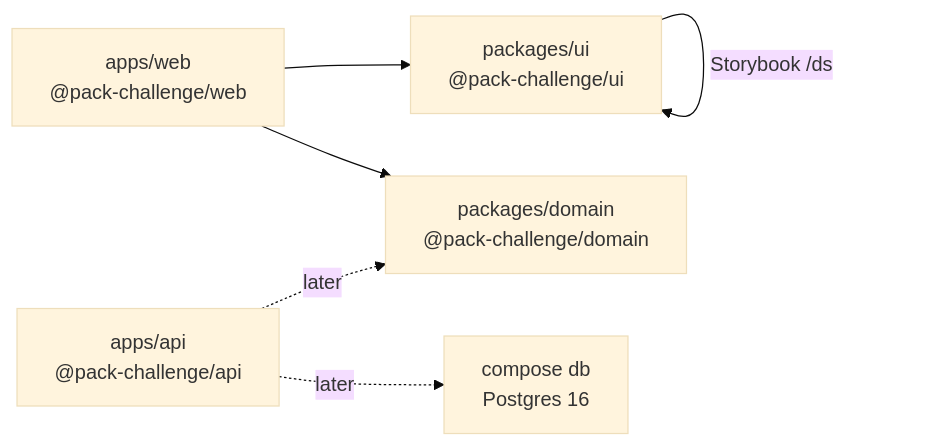
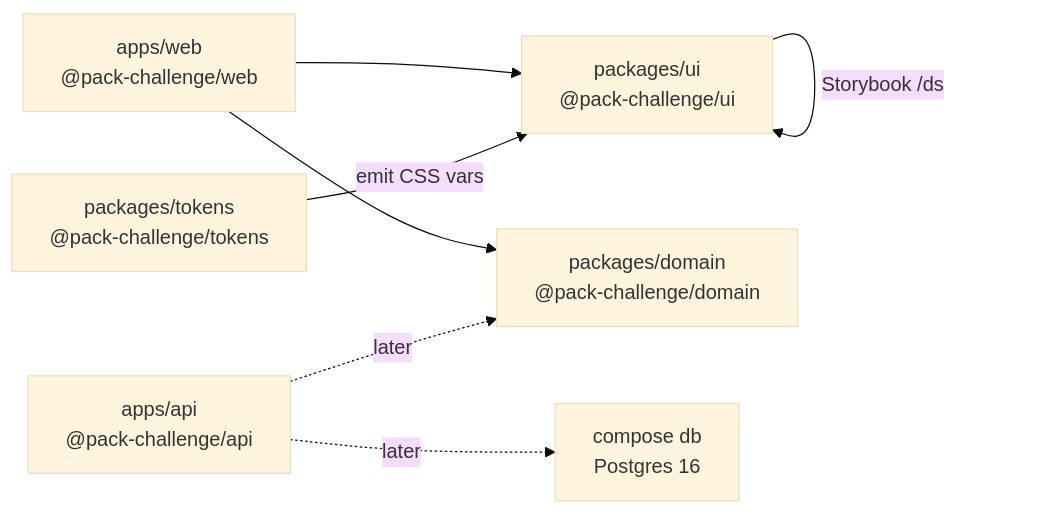
Before and after one commit to borjalofe/svelte-file-uploader: the diagram in README.md, drawn with Mermaid (base theme). The commit also changed other lines of this file and 2 other files, not shown here.

````diff
--- a/README.md
+++ b/README.md
@@ -35,14 +36,16 @@
 ```mermaid
 flowchart LR
   web["apps/web<br/>@pack-challenge/web"]
   api["apps/api<br/>@pack-challenge/api"]
   ui["packages/ui<br/>@pack-challenge/ui"]
   domain["packages/domain<br/>@pack-challenge/domain"]
+  tokensPkg["packages/tokens<br/>@pack-challenge/tokens"]
   db["compose db<br/>Postgres 16"]
 
   web --> ui
   web --> domain
   api -.->|later| domain
   api -.->|later| db
+  tokensPkg -->|emit CSS vars| ui
   ui -->|Storybook /ds| ui
 ```
````
